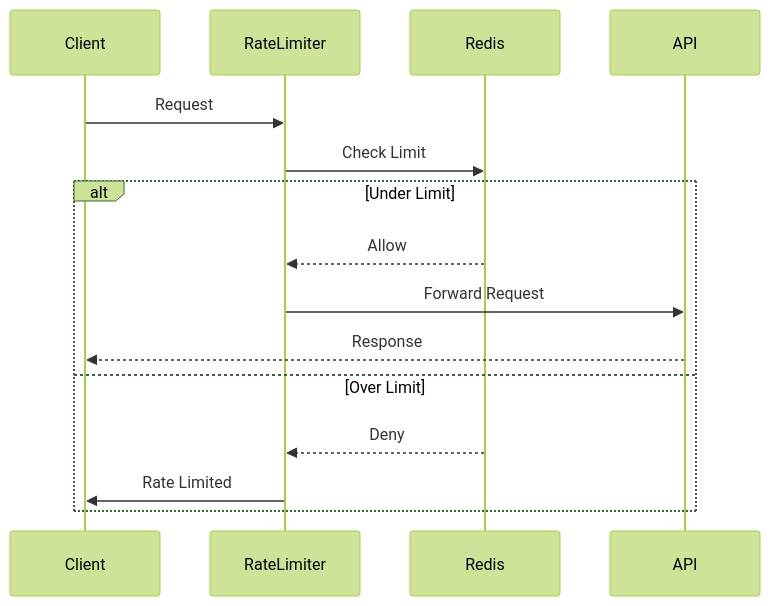
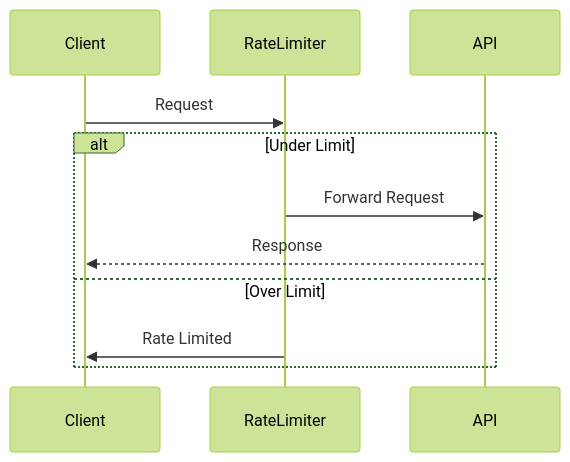
Before and after one commit to julianobarbosa/MCP: the third of 3 diagrams in zabbix-server-api/cline_docs/systemPatterns.md, drawn with Mermaid (forest theme). The commit also changed other lines of this file and 4 other files, not shown here.

````diff
--- a/zabbix-server-api/cline_docs/systemPatterns.md
+++ b/zabbix-server-api/cline_docs/systemPatterns.md
@@ -95,19 +91,14 @@
 ```mermaid
 sequenceDiagram
     participant Client
     participant RateLimiter
-    participant Redis
     participant API
 
     Client->>RateLimiter: Request
-    RateLimiter->>Redis: Check Limit
-
     alt Under Limit
-        Redis-->>RateLimiter: Allow
         RateLimiter->>API: Forward Request
         API-->>Client: Response
     else Over Limit
-        Redis-->>RateLimiter: Deny
         RateLimiter->>Client: Rate Limited
     end
 ```
````
